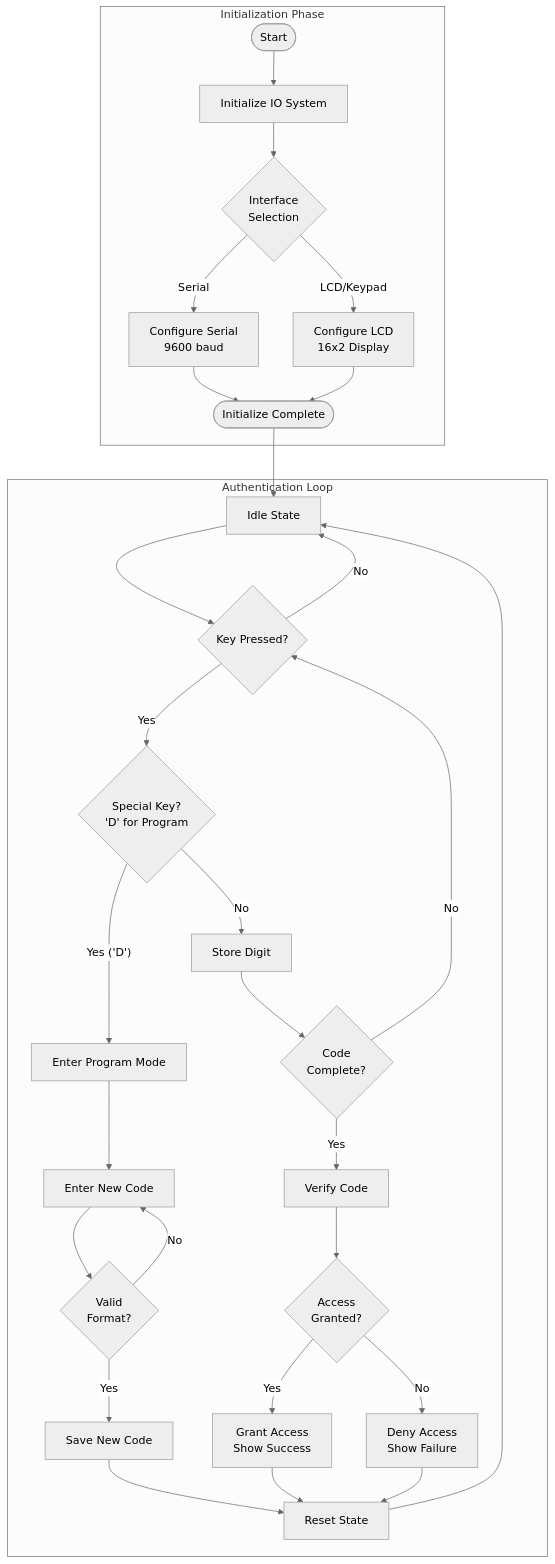
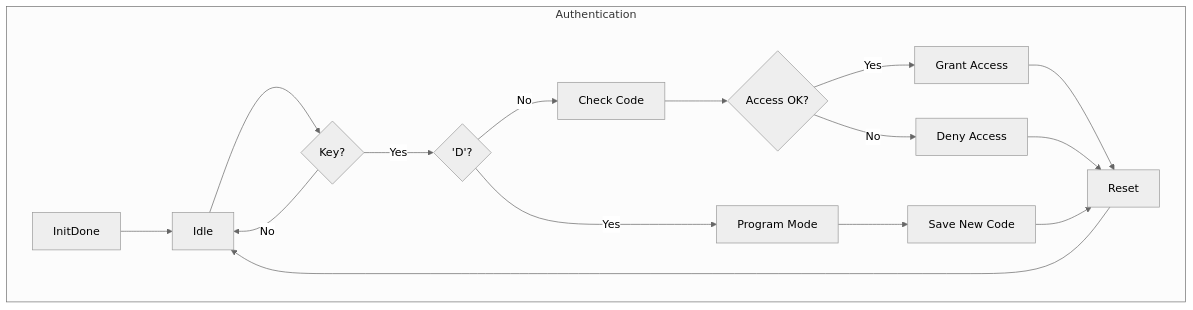
Before and after one commit to huntrese/Embedded_systems: the sixth of 6 diagrams in README.md, drawn with Mermaid (neutral theme). The commit also changed other lines of this file, not shown here.

````diff
--- a/README.md
+++ b/README.md
@@ -691,43 +673,20 @@
 ```mermaid
 flowchart TD
-    subgraph Init["Initialization Phase"]
-        Start([Start]) --> IOInit["Initialize IO System"]
-        IOInit --> ModeSelect{"Interface<br/>Selection"}
-        ModeSelect -->|"Serial"| SerialConfig["Configure Serial<br/>9600 baud"]
-        ModeSelect -->|"LCD/Keypad"| LCDConfig["Configure LCD<br/>16x2 Display"]
-        SerialConfig --> InitEnd([Initialize Complete])
-        LCDConfig --> InitEnd
+    
+    %% Authentication Loop (Bottom)
+    subgraph Auth["Authentication"]
+        direction LR
+        InitDone --> Idle["Idle"]
+        Idle --> KeyPress{"Key?"}
+        KeyPress -->|No| Idle
+        KeyPress -->|Yes| Special{"'D'"?}
+        Special -->|No| Check["Check Code"]
+        Special -->|Yes| Program["Program Mode"]
+        Check --> Access{"Access OK?"}
+        Access -->|Yes| Grant["Grant Access"]
+        Access -->|No| Deny["Deny Access"]
+        Program --> Save["Save New Code"]
+        Grant & Deny & Save --> Reset["Reset"]
+        Reset --> Idle
     end
-    
-    subgraph AuthLoop["Authentication Loop"]
-        InitEnd --> IdleState["Idle State"]
-        
-        IdleState --> KeyDetect{"Key Pressed?"}
-        KeyDetect -->|"No"| IdleState
-        
-        KeyDetect -->|"Yes"| KeyCode{"Special Key?<br/>'D' for Program"}
-        KeyCode -->|"Yes ('D')"| ProgramMode["Enter Program Mode"]
-        KeyCode -->|"No"| StoreCode["Store Digit"]
-        
-        StoreCode --> Complete{"Code<br/>Complete?"}
-        Complete -->|"No"| KeyDetect
-        Complete -->|"Yes"| Verify["Verify Code"]
-        
-        Verify --> Access{"Access<br/>Granted?"}
-        Access -->|"Yes"| GrantAccess["Grant Access<br/>Show Success"]
-        Access -->|"No"| DenyAccess["Deny Access<br/>Show Failure"]
-        
-        GrantAccess --> ResetState["Reset State"]
-        DenyAccess --> ResetState
-        
-        ProgramMode --> NewCode["Enter New Code"]
-        NewCode --> Validate{"Valid<br/>Format?"}
-        Validate -->|"Yes"| SaveCode["Save New Code"]
-        Validate -->|"No"| NewCode
-        
-        SaveCode --> ResetState
-        ResetState --> IdleState
-    end
-    
-
 ```
````
